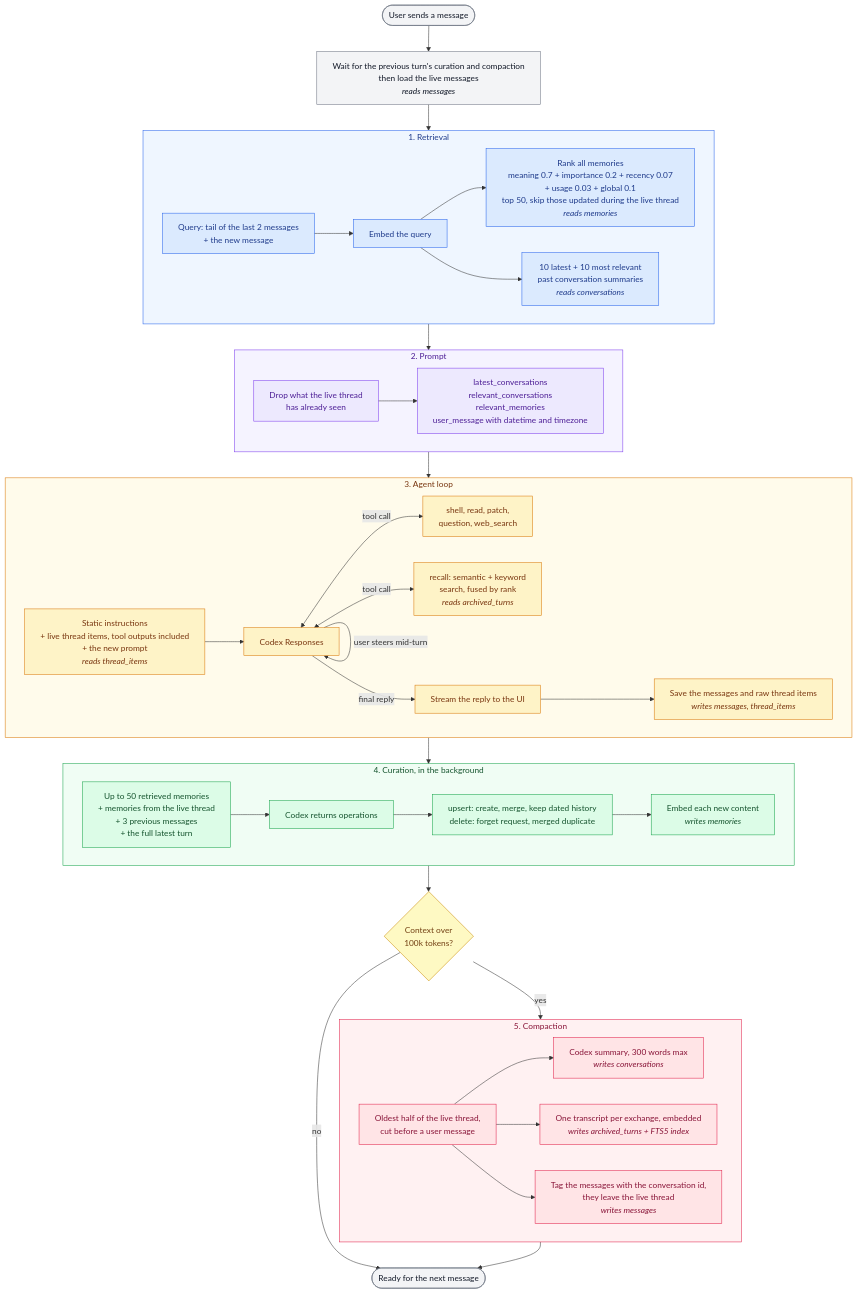
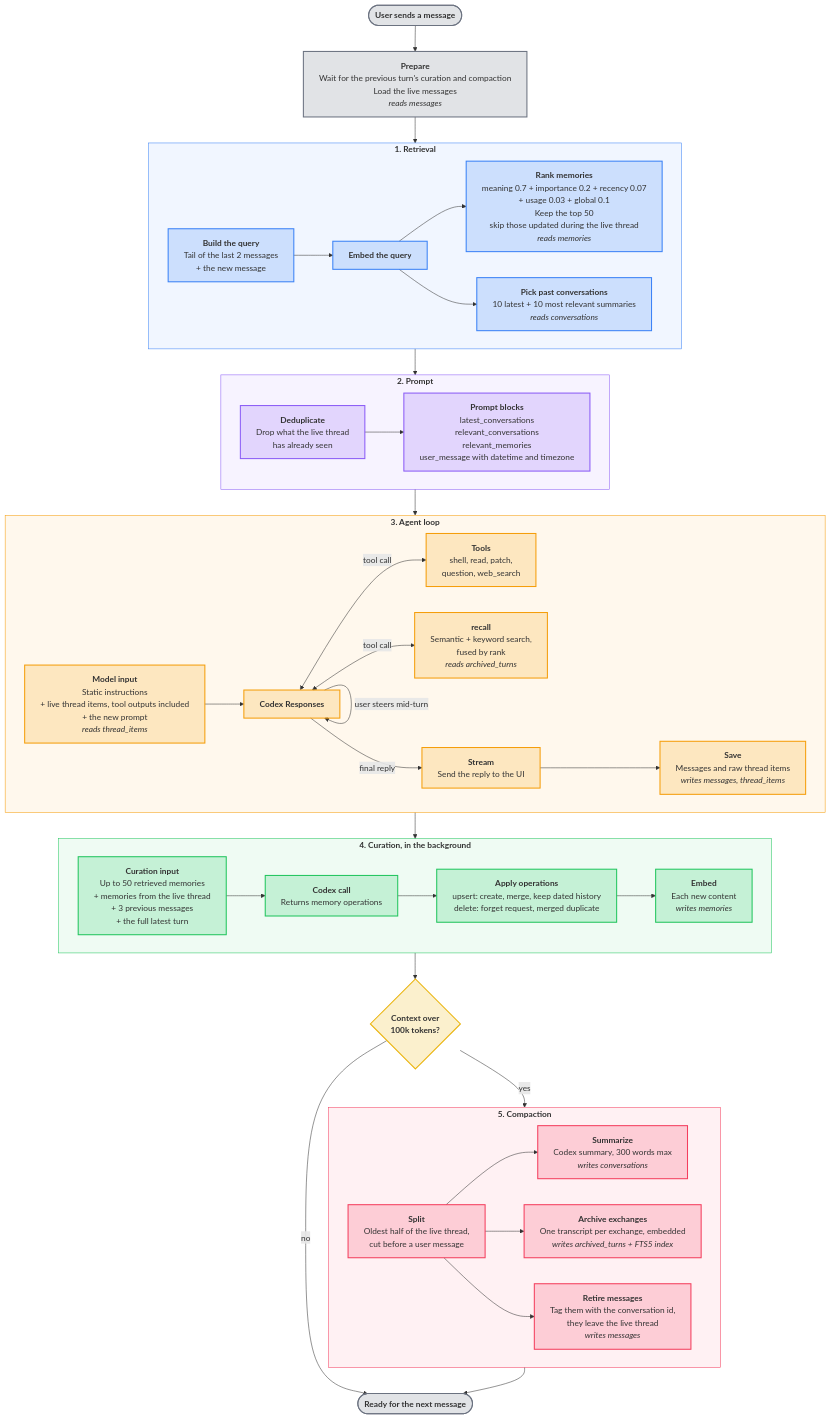
One commit to maty-millien/Memori changed the diagram in docs/ARCHITECTURE.md. Above: the diagram before and after it, drawn with Mermaid.

Commit message:
refactor(docs): enhance architecture diagram formatting

````diff
--- a/docs/ARCHITECTURE.md
+++ b/docs/ARCHITECTURE.md
@@ -5,80 +5,80 @@
 ```mermaid
 ---
 config:
   flowchart:
     wrappingWidth: 400
 ---
 flowchart TB
-    start(["User sends a message"]) --> wait["Wait for the previous turn's curation and compaction<br/>then load the live messages<br/><i>reads messages</i>"]
+    start(["<b>User sends a message</b>"]) --> wait["<b>Prepare</b><br/>Wait for the previous turn's curation and compaction<br/>Load the live messages<br/><i>reads messages</i>"]
     wait --> retrieval
 
-    subgraph retrieval ["1. Retrieval"]
+    subgraph retrieval ["<b>1. Retrieval</b>"]
         direction LR
-        query["Query: tail of the last 2 messages<br/>+ the new message"] --> embedQuery["Embed the query"]
-        embedQuery --> rankMemories["Rank all memories<br/>meaning 0.7 + importance 0.2 + recency 0.07<br/>+ usage 0.03 + global 0.1<br/>top 50, skip those updated during the live thread<br/><i>reads memories</i>"]
-        embedQuery --> pickConversations["10 latest + 10 most relevant<br/>past conversation summaries<br/><i>reads conversations</i>"]
+        query["<b>Build the query</b><br/>Tail of the last 2 messages<br/>+ the new message"] --> embedQuery["<b>Embed the query</b>"]
+        embedQuery --> rankMemories["<b>Rank memories</b><br/>meaning 0.7 + importance 0.2 + recency 0.07<br/>+ usage 0.03 + global 0.1<br/>Keep the top 50<br/>skip those updated during the live thread<br/><i>reads memories</i>"]
+        embedQuery --> pickConversations["<b>Pick past conversations</b><br/>10 latest + 10 most relevant summaries<br/><i>reads conversations</i>"]
     end
 
     retrieval --> prompt
 
-    subgraph prompt ["2. Prompt"]
+    subgraph prompt ["<b>2. Prompt</b>"]
         direction LR
-        dedup["Drop what the live thread<br/>has already seen"] --> blocks["latest_conversations<br/>relevant_conversations<br/>relevant_memories<br/>user_message with datetime and timezone"]
+        dedup["<b>Deduplicate</b><br/>Drop what the live thread<br/>has already seen"] --> blocks["<b>Prompt blocks</b><br/>latest_conversations<br/>relevant_conversations<br/>relevant_memories<br/>user_message with datetime and timezone"]
     end
 
     prompt --> agent
 
-    subgraph agent ["3. Agent loop"]
+    subgraph agent ["<b>3. Agent loop</b>"]
         direction LR
-        input["Static instructions<br/>+ live thread items, tool outputs included<br/>+ the new prompt<br/><i>reads thread_items</i>"] --> codex["Codex Responses"]
-        codex <-->|tool call| tools["shell, read, patch,<br/>question, web_search"]
-        codex <-->|tool call| recall["recall: semantic + keyword<br/>search, fused by rank<br/><i>reads archived_turns</i>"]
+        input["<b>Model input</b><br/>Static instructions<br/>+ live thread items, tool outputs included<br/>+ the new prompt<br/><i>reads thread_items</i>"] --> codex["<b>Codex Responses</b>"]
+        codex <-->|tool call| tools["<b>Tools</b><br/>shell, read, patch,<br/>question, web_search"]
+        codex <-->|tool call| recall["<b>recall</b><br/>Semantic + keyword search,<br/>fused by rank<br/><i>reads archived_turns</i>"]
         codex -->|user steers mid-turn| codex
-        codex -->|final reply| stream["Stream the reply to the UI"]
-        stream --> save["Save the messages and raw thread items<br/><i>writes messages, thread_items</i>"]
+        codex -->|final reply| stream["<b>Stream</b><br/>Send the reply to the UI"]
+        stream --> save["<b>Save</b><br/>Messages and raw thread items<br/><i>writes messages, thread_items</i>"]
     end
 
     agent --> curation
 
-    subgraph curation ["4. Curation, in the background"]
+    subgraph curation ["<b>4. Curation, in the background</b>"]
         direction LR
-        curationInput["Up to 50 retrieved memories<br/>+ memories from the live thread<br/>+ 3 previous messages<br/>+ the full latest turn"] --> curationCall["Codex returns operations"]
-        curationCall --> operations["upsert: create, merge, keep dated history<br/>delete: forget request, merged duplicate"]
-        operations --> embedMemory["Embed each new content<br/><i>writes memories</i>"]
+        curationInput["<b>Curation input</b><br/>Up to 50 retrieved memories<br/>+ memories from the live thread<br/>+ 3 previous messages<br/>+ the full latest turn"] --> curationCall["<b>Codex call</b><br/>Returns memory operations"]
+        curationCall --> operations["<b>Apply operations</b><br/>upsert: create, merge, keep dated history<br/>delete: forget request, merged duplicate"]
+        operations --> embedMemory["<b>Embed</b><br/>Each new content<br/><i>writes memories</i>"]
     end
 
-    curation --> overflow{"Context over<br/>100k tokens?"}
-    overflow -->|no| next(["Ready for the next message"])
+    curation --> overflow{"<b>Context over<br/>100k tokens?</b>"}
+    overflow -->|no| next(["<b>Ready for the next message</b>"])
     overflow -->|yes| compaction
 
-    subgraph compaction ["5. Compaction"]
+    subgraph compaction ["<b>5. Compaction</b>"]
         direction LR
-        oldest["Oldest half of the live thread,<br/>cut before a user message"] --> summarize["Codex summary, 300 words max<br/><i>writes conversations</i>"]
-        oldest --> turns["One transcript per exchange, embedded<br/><i>writes archived_turns + FTS5 index</i>"]
-        oldest --> assign["Tag the messages with the conversation id,<br/>they leave the live thread<br/><i>writes messages</i>"]
+        oldest["<b>Split</b><br/>Oldest half of the live thread,<br/>cut before a user message"] --> summarize["<b>Summarize</b><br/>Codex summary, 300 words max<br/><i>writes conversations</i>"]
+        oldest --> turns["<b>Archive exchanges</b><br/>One transcript per exchange, embedded<br/><i>writes archived_turns + FTS5 index</i>"]
+        oldest --> assign["<b>Retire messages</b><br/>Tag them with the conversation id,<br/>they leave the live thread<br/><i>writes messages</i>"]
     end
 
     compaction --> next
 
-    classDef endpoint fill:#f3f4f6,stroke:#6b7280,color:#111827
-    classDef retrievalNode fill:#dbeafe,stroke:#2563eb,color:#1e3a8a
-    classDef promptNode fill:#ede9fe,stroke:#7c3aed,color:#4c1d95
-    classDef agentNode fill:#fef3c7,stroke:#d97706,color:#78350f
-    classDef curationNode fill:#dcfce7,stroke:#16a34a,color:#14532d
-    classDef compactionNode fill:#ffe4e6,stroke:#e11d48,color:#881337
-    classDef decision fill:#fef9c3,stroke:#ca8a04,color:#713f12
+    classDef endpoint fill:#6b728033,stroke:#6b7280,stroke-width:2px
+    classDef retrievalNode fill:#3b82f633,stroke:#3b82f6,stroke-width:2px
+    classDef promptNode fill:#8b5cf633,stroke:#8b5cf6,stroke-width:2px
+    classDef agentNode fill:#f59e0b33,stroke:#f59e0b,stroke-width:2px
+    classDef curationNode fill:#22c55e33,stroke:#22c55e,stroke-width:2px
+    classDef compactionNode fill:#f43f5e33,stroke:#f43f5e,stroke-width:2px
+    classDef decision fill:#eab30833,stroke:#eab308,stroke-width:2px
 
     class start,wait,next endpoint
     class query,embedQuery,rankMemories,pickConversations retrievalNode
     class dedup,blocks promptNode
     class input,codex,tools,recall,stream,save agentNode
     class curationInput,curationCall,operations,embedMemory curationNode
     class oldest,summarize,turns,assign compactionNode
     class overflow decision
 
-    style retrieval fill:#eff6ff,stroke:#2563eb,color:#1e3a8a
-    style prompt fill:#f5f3ff,stroke:#7c3aed,color:#4c1d95
-    style agent fill:#fffbeb,stroke:#d97706,color:#78350f
-    style curation fill:#f0fdf4,stroke:#16a34a,color:#14532d
-    style compaction fill:#fff1f2,stroke:#e11d48,color:#881337
+    style retrieval fill:#3b82f612,stroke:#3b82f6
+    style prompt fill:#8b5cf612,stroke:#8b5cf6
+    style agent fill:#f59e0b12,stroke:#f59e0b
+    style curation fill:#22c55e12,stroke:#22c55e
+    style compaction fill:#f43f5e12,stroke:#f43f5e
 ```
````
